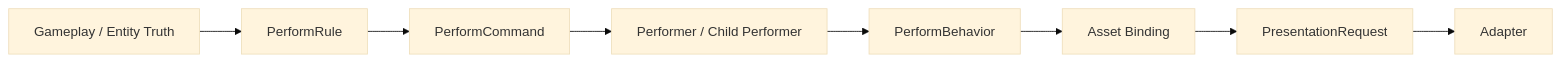
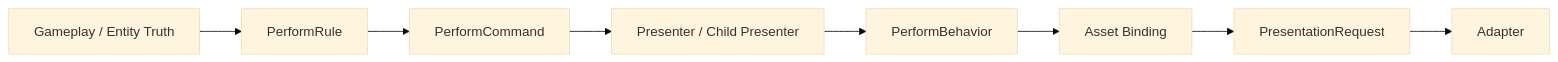
Before and after one commit to MightyBubble/Ludots: the diagram in docs/rfcs/perform-architecture-unification/00_overview.md, drawn with Mermaid (base theme). The commit also changed other lines of this file and 787 other files, not shown here.

Commit message:
chore(presentation): rename performer to presenter

````diff
--- a/docs/rfcs/perform-architecture-unification/00_overview.md
+++ b/docs/rfcs/perform-architecture-unification/00_overview.md
@@ -280,10 +280,10 @@
 ```mermaid
 flowchart LR
     A["Gameplay / Entity Truth"] --> B["PerformRule"]
     B --> C["PerformCommand"]
-    C --> D["Performer / Child Performer"]
+    C --> D["Presenter / Child Presenter"]
     D --> E["PerformBehavior"]
     E --> F["Asset Binding"]
     F --> G["PresentationRequest"]
     G --> H["Adapter"]
 ```
````
